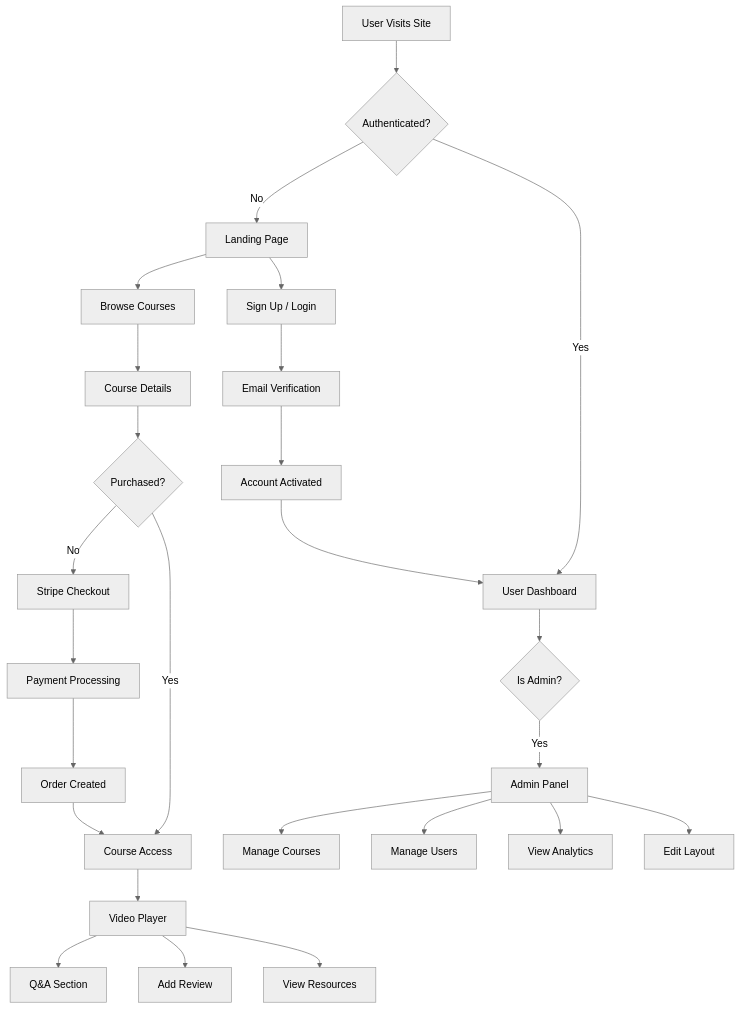
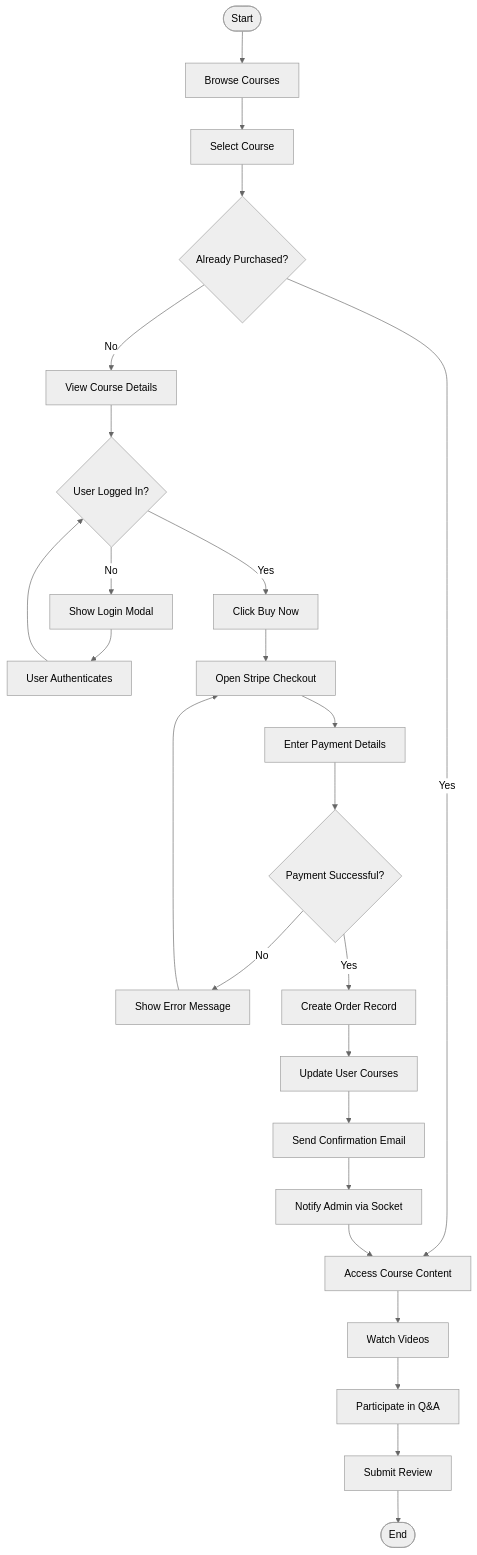
One commit to asadjan4611/LMS changed the seventh of 13 diagrams in README.md. Above: the diagram before and after it, drawn with Mermaid (neutral theme). The commit also changed other lines of this file and 1 other file, not shown here.

Commit message:
docs: Enhanced README with UML diagrams, class diagrams, problem statement, and professional documentation

````diff
--- a/README.md
+++ b/README.md
@@ -416,35 +381,33 @@
 ```mermaid
 flowchart TD
-    A[User Visits Site] --> B{Authenticated?}
+    A([Start]) --> B[Browse Courses]
+    B --> C[Select Course]
+    C --> D{Already Purchased?}
     
-    B -->|No| C[Landing Page]
-    C --> D[Browse Courses]
-    C --> E[Sign Up / Login]
-    E --> F[Email Verification]
-    F --> G[Account Activated]
-    G --> H[User Dashboard]
+    D -->|Yes| E[Access Course Content]
+    D -->|No| F[View Course Details]
     
-    B -->|Yes| H
+    F --> G{User Logged In?}
+    G -->|No| H[Show Login Modal]
+    H --> I[User Authenticates]
+    I --> G
     
-    D --> I[Course Details]
-    I --> J{Purchased?}
+    G -->|Yes| J[Click Buy Now]
+    J --> K[Open Stripe Checkout]
+    K --> L[Enter Payment Details]
+    L --> M{Payment Successful?}
     
-    J -->|No| K[Stripe Checkout]
-    K --> L[Payment Processing]
-    L --> M[Order Created]
-    M --> N[Course Access]
+    M -->|No| N[Show Error Message]
+    N --> K
     
-    J -->|Yes| N
+    M -->|Yes| O[Create Order Record]
+    O --> P[Update User Courses]
+    P --> Q[Send Confirmation Email]
+    Q --> R[Notify Admin via Socket]
+    R --> E
     
-    N --> O[Video Player]
-    O --> P[Q&A Section]
-    O --> Q[Add Review]
-    O --> R[View Resources]
-    
-    H --> S{Is Admin?}
-    S -->|Yes| T[Admin Panel]
-    T --> U[Manage Courses]
-    T --> V[Manage Users]
-    T --> W[View Analytics]
-    T --> X[Edit Layout]
+    E --> S[Watch Videos]
+    S --> T[Participate in Q&A]
+    T --> U[Submit Review]
+    U --> V([End])
 ```
````
